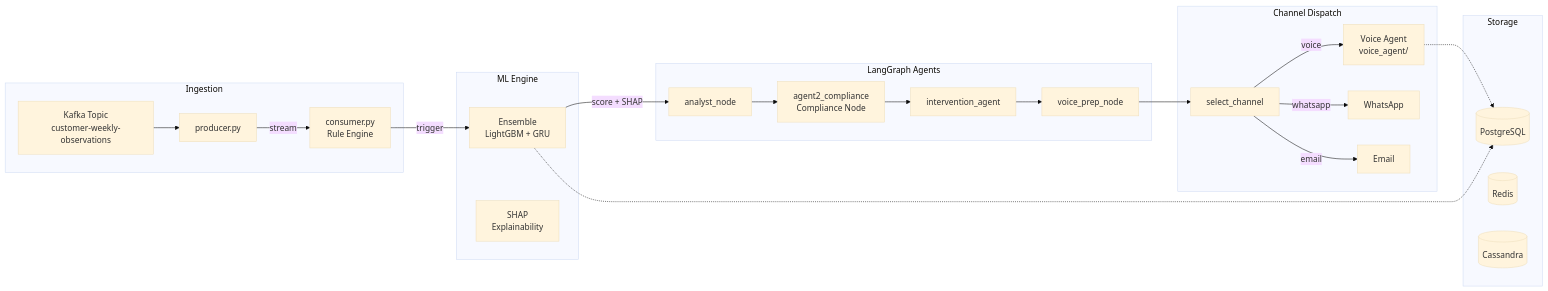
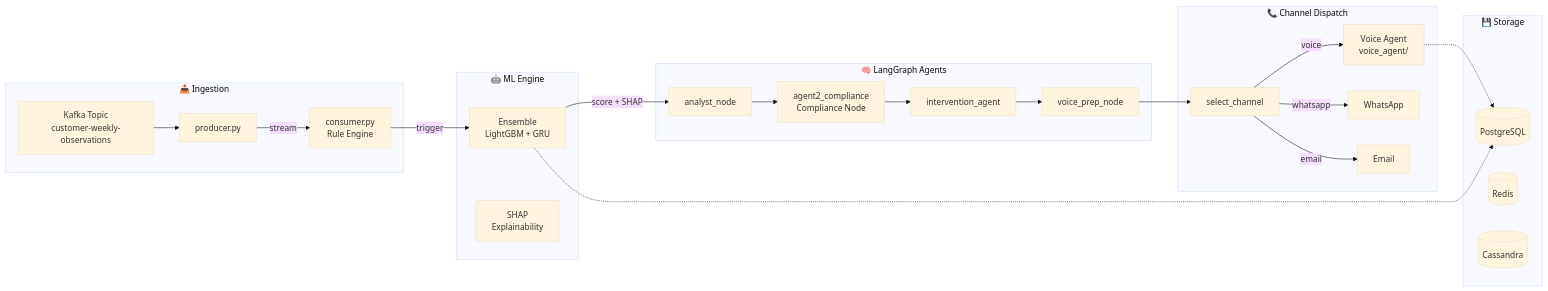
Before and after one commit to aarush323/HoH: the first of 6 diagrams in README.md, drawn with Mermaid (base theme). The commit also changed other lines of this file and 10 other files, not shown here.

````diff
--- a/README.md
+++ b/README.md
@@ -7,47 +9,47 @@
 ```mermaid
 flowchart LR
-    subgraph Ingest["Ingestion"]
+    subgraph Ingest["📥 Ingestion"]
         Kafka[Kafka Topic<br/>customer-weekly-observations]
         Producer[producer.py]
         Consumer[consumer.py<br/>Rule Engine]
     end
 
-    subgraph ML["ML Engine"]
+    subgraph ML["🤖 ML Engine"]
         Ensemble[Ensemble<br/>LightGBM + GRU]
         SHAP[SHAP<br/>Explainability]
     end
 
-    subgraph Agents["LangGraph Agents"]
+    subgraph Agents["🧠 LangGraph Agents"]
         Analyst[analyst_node]
         Compliance[agent2_compliance<br/>Compliance Node]
         Intervention[intervention_agent]
         VoicePrep[voice_prep_node]
     end
 
-    subgraph Channel["Channel Dispatch"]
+    subgraph Channel["📞 Channel Dispatch"]
         Routing[select_channel]
         Voice[Voice Agent<br/>voice_agent/]
         WA[WhatsApp]
         Email[Email]
     end
 
-    subgraph Store["Storage"]
+    subgraph Store["💾 Storage"]
         PG[(PostgreSQL)]
         Redis[(Redis)]
         Cas[(Cassandra)]
     end
 
     Kafka --> Producer
     Producer -->|stream| Consumer
     Consumer -->|trigger| Ensemble
     Ensemble -->|score + SHAP| Analyst
     Analyst --> Compliance
     Compliance --> Intervention
     Intervention --> VoicePrep
     VoicePrep --> Routing
     Routing -->|voice| Voice
     Routing -->|whatsapp| WA
     Routing -->|email| Email
     Voice -.-> PG
     Ensemble -.-> PG
 ```
````
